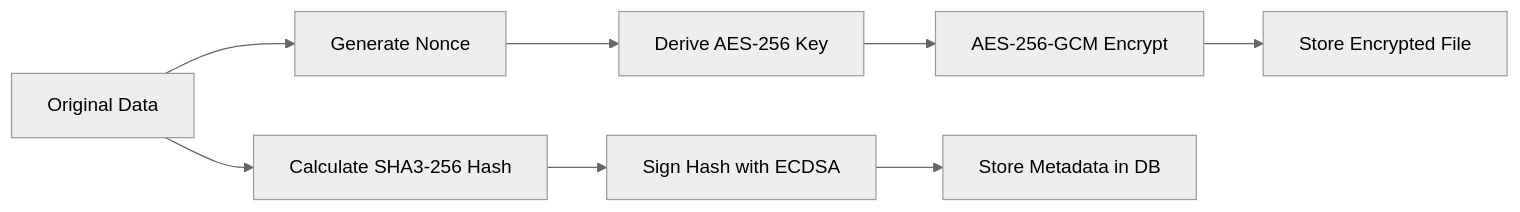
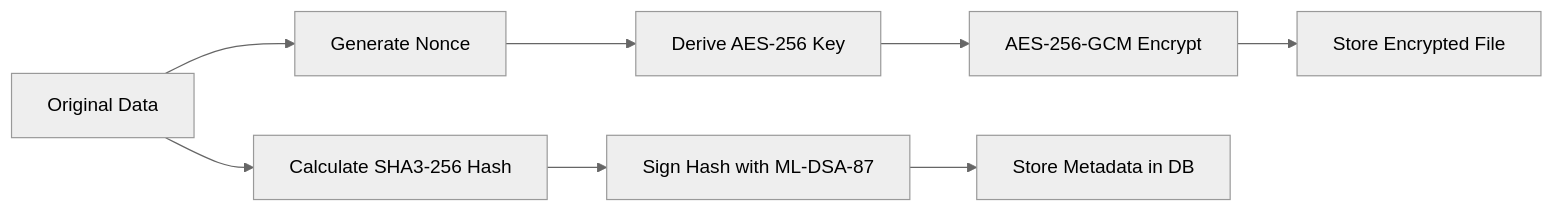
One commit to rbatllet/private-blockchain changed the second of 2 diagrams in docs/reference/TECHNICAL_DETAILS.md. Above: the diagram before and after it, drawn with Mermaid (neutral theme). The commit also changed other lines of this file and 42 other files, not shown here.

````diff
--- a/docs/reference/TECHNICAL_DETAILS.md
+++ b/docs/reference/TECHNICAL_DETAILS.md
@@ -512,10 +512,10 @@
 ```mermaid
 graph LR
     A[Original Data] --> B[Generate Nonce]
     B --> C[Derive AES-256 Key]
     C --> D[AES-256-GCM Encrypt]
     D --> E[Store Encrypted File]
     A --> F[Calculate SHA3-256 Hash]
-    F --> G[Sign Hash with ECDSA]
+    F --> G[Sign Hash with ML-DSA-87]
     G --> H[Store Metadata in DB]
 ```
````
